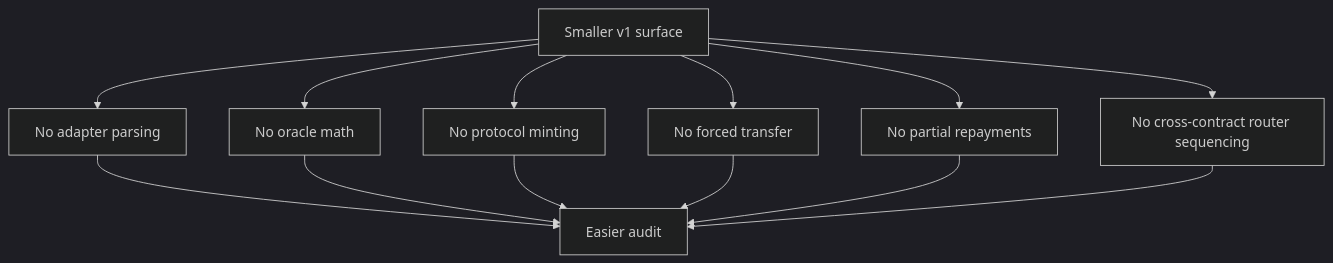
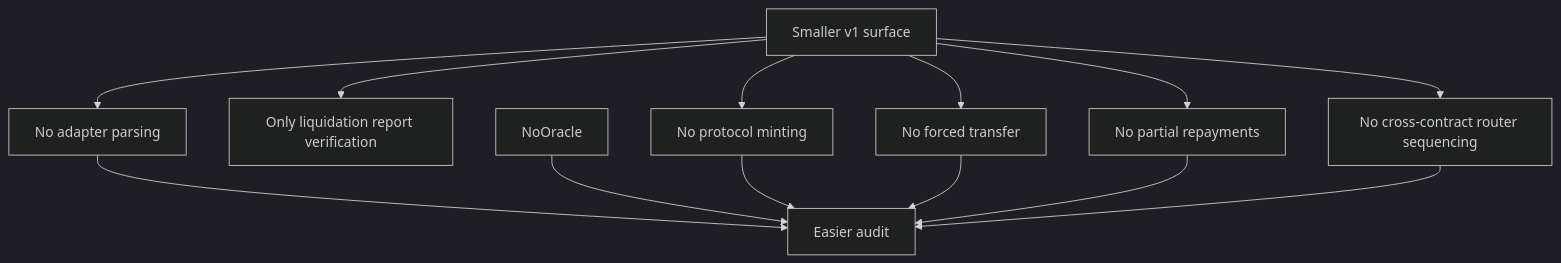
The sixth of 7 diagrams in docs/Triora-architecture-simplified.md (sanbir/P2PxAmina), drawn with Mermaid (dark theme) before and after one commit. The commit also changed other lines of this file and 4 other files, not shown here.

````diff
--- a/docs/Triora-architecture-simplified.md
+++ b/docs/Triora-architecture-simplified.md
@@ -327,24 +346,24 @@
 ```mermaid
 flowchart TD
     Less[Smaller v1 surface]
     NoAdapters[No adapter parsing]
-    NoOracle[No oracle math]
+    MinimalOracle[Only liquidation report verification]
     NoGenericMint[No protocol minting]
     NoForcedTransfer[No forced transfer]
     NoPartial[No partial repayments]
     NoRouter[No cross-contract router sequencing]
     EasierAudit[Easier audit]
 
     Less --> NoAdapters
-    Less --> NoOracle
+    Less --> MinimalOracle
     Less --> NoGenericMint
     Less --> NoForcedTransfer
     Less --> NoPartial
     Less --> NoRouter
     NoAdapters --> EasierAudit
     NoOracle --> EasierAudit
     NoGenericMint --> EasierAudit
     NoForcedTransfer --> EasierAudit
     NoPartial --> EasierAudit
     NoRouter --> EasierAudit
 ```
````
